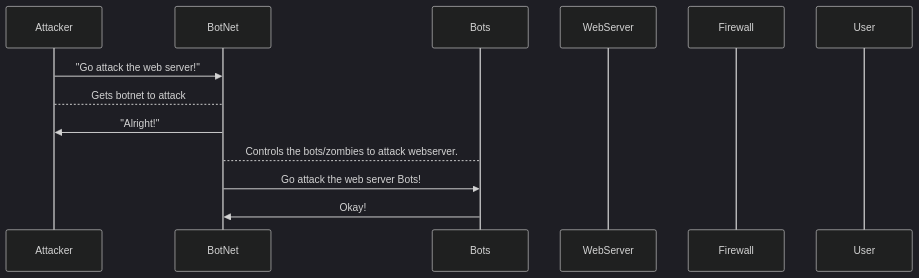
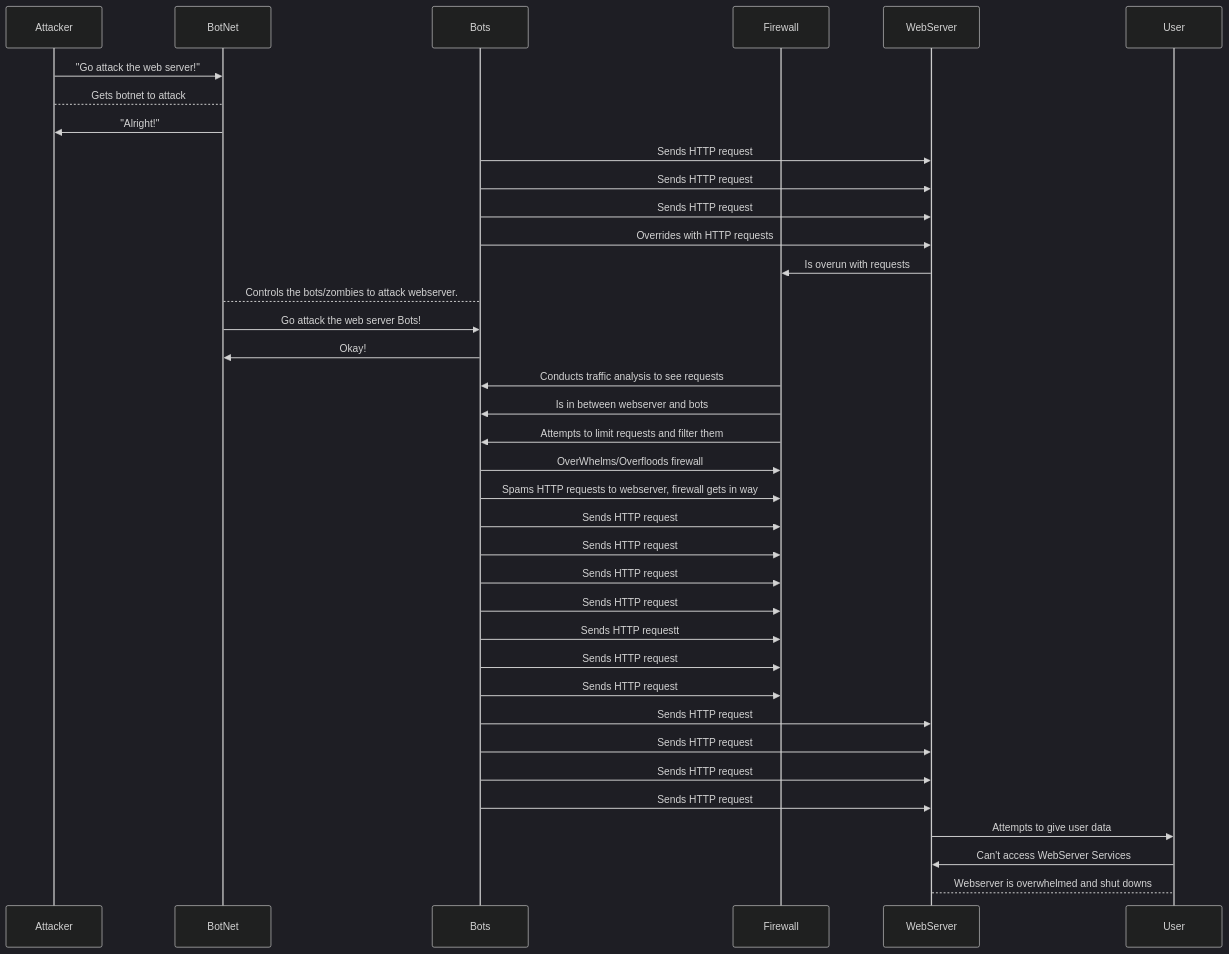
Before and after one commit to KPRMODI/KPRMODI.github.io: the diagram in DDoS_Attack_Sequence.md, drawn with Mermaid (dark theme). The commit also changed other lines of this file and 1 other file, not shown here.

Commit message:
Added Ddos attack information

````diff
--- a/DDoS_Attack_Sequence.md
+++ b/DDoS_Attack_Sequence.md
@@ -1,16 +1,40 @@
 ```mermaid
 sequenceDiagram
 participant Attacker
 participant BotNet
 participant Bots
+participant Firewall
 participant WebServer
-participant Firewall
 participant User
 
 Attacker->>BotNet: "Go attack the web server!"
 Attacker-->BotNet: Gets botnet to attack 
 BotNet ->> Attacker: "Alright!"
+Bots ->> WebServer: Sends HTTP request
+Bots ->> WebServer: Sends HTTP request
+Bots ->> WebServer: Sends HTTP request
+Bots ->> WebServer: Overrides with HTTP requests
+WebServer ->> Firewall: Is overun with requests
 BotNet --> Bots: Controls the bots/zombies to attack webserver.
 BotNet ->> Bots: Go attack the web server Bots!
 Bots ->> BotNet: Okay!
+Firewall ->> Bots: Conducts traffic analysis to see requests
+Firewall ->> Bots: Is in between webserver and bots
+Firewall ->> Bots: Attempts to limit requests and filter them
+Bots ->> Firewall: OverWhelms/Overfloods firewall
+Bots ->> Firewall: Spams HTTP requests to webserver, firewall gets in way
+Bots ->> Firewall: Sends HTTP request
+Bots ->> Firewall: Sends HTTP request
+Bots ->> Firewall: Sends HTTP request
+Bots ->> Firewall: Sends HTTP request
+Bots ->> Firewall: Sends HTTP requestt
+Bots ->> Firewall: Sends HTTP request
+Bots ->> Firewall: Sends HTTP request
+Bots ->> WebServer: Sends HTTP request
+Bots ->> WebServer: Sends HTTP request
+Bots ->> WebServer: Sends HTTP request
+Bots ->> WebServer: Sends HTTP request
+WebServer ->> User: Attempts to give user data
+User ->> WebServer: Can't access WebServer Services 
+WebServer --> User: Webserver is overwhelmed and shut downs
 ```
````
